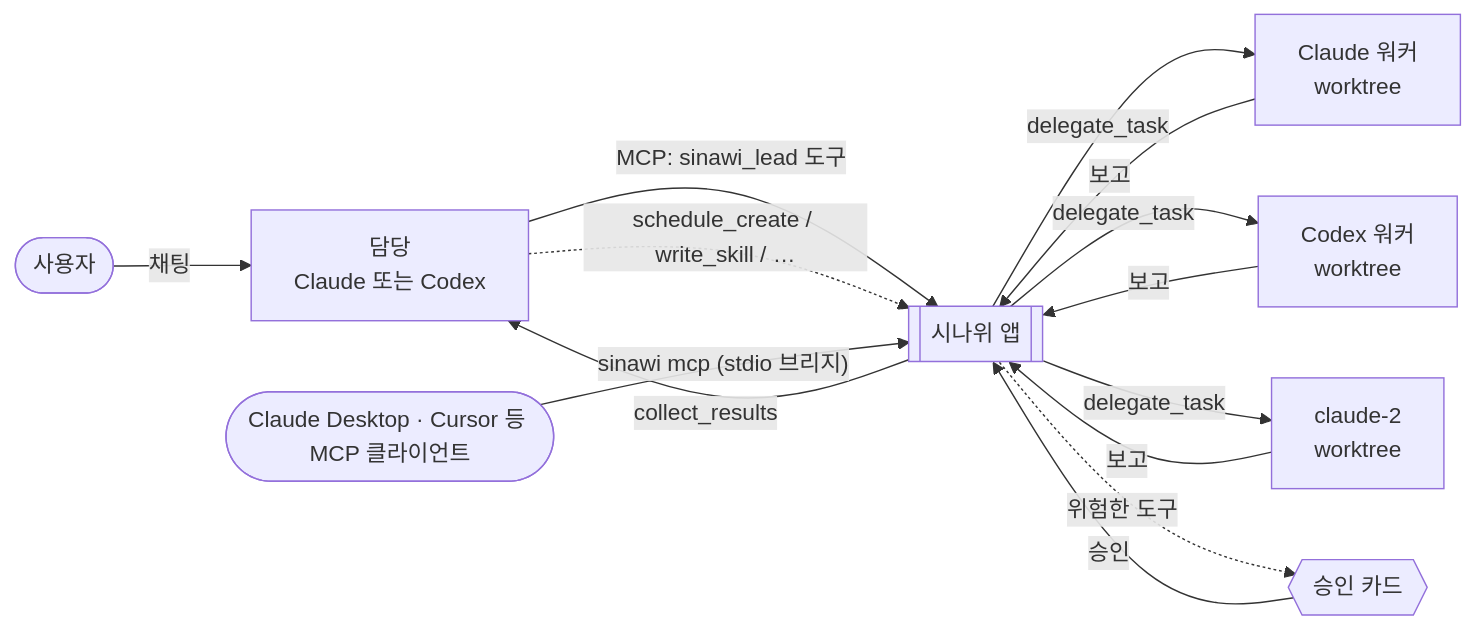
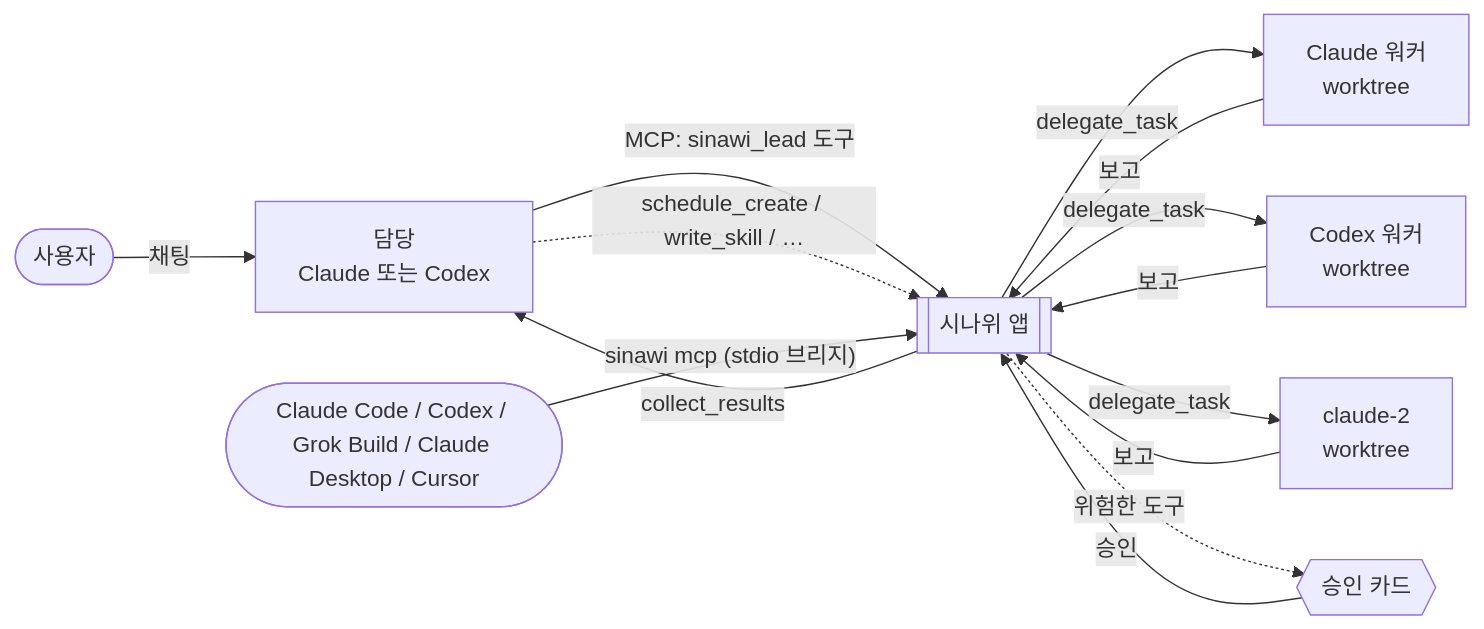
The diagram in README.ko.md (Rakmlabs/sinawi), drawn with Mermaid before and after one commit. The commit also changed other lines of this file and 1 other file, not shown here.

Commit message:
The README leads with outside AIs handing work to Sinawi, shows the Connect commands, and installs from the DMG until npm is published

````diff
--- a/README.ko.md
+++ b/README.ko.md
@@ -91,14 +95,14 @@
 ```mermaid
 flowchart LR
     U([사용자]) -- 채팅 --> L["담당<br/>Claude 또는 Codex"]
     L -- "MCP: sinawi_lead 도구" --> S[[시나위 앱]]
     S -- delegate_task --> W1["Claude 워커<br/>worktree"]
     S -- delegate_task --> W2["Codex 워커<br/>worktree"]
     S -- delegate_task --> W3["claude-2<br/>worktree"]
     W1 & W2 & W3 -- 보고 --> S
     S -- collect_results --> L
     L -. "schedule_create / write_skill / …" .-> S
     S -. "위험한 도구" .-> A{{승인 카드}}
     A -- 승인 --> S
-    X([Claude Desktop · Cursor 등 MCP 클라이언트]) -- "sinawi mcp (stdio 브리지)" --> S
+    X([Claude Code / Codex / Grok Build / Claude Desktop / Cursor]) -- "sinawi mcp (stdio 브리지)" --> S
 ```
````
